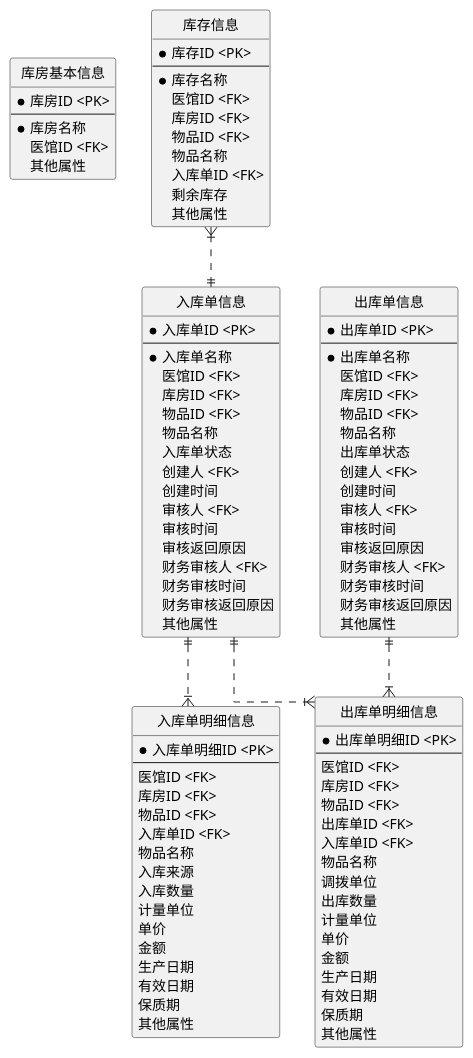
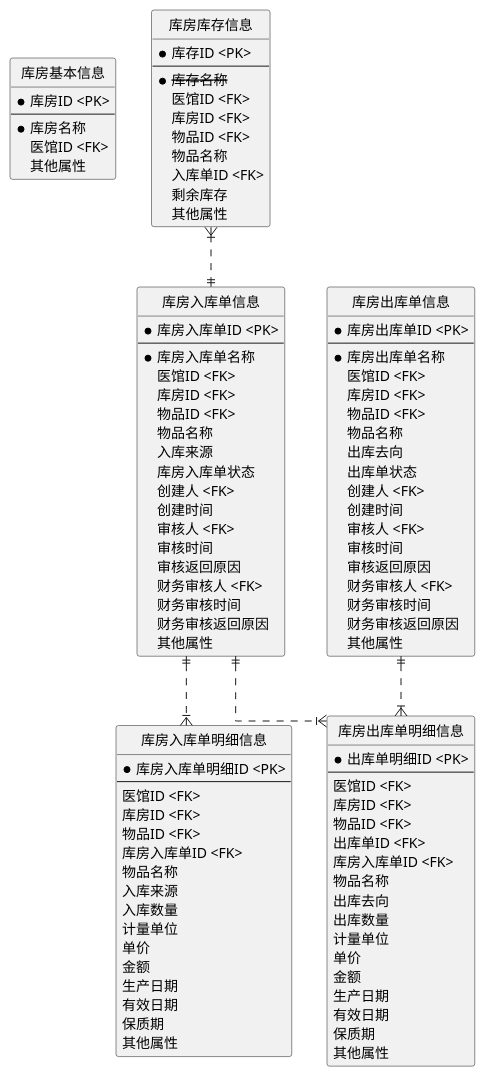
The second of 3 diagrams in src/main/asciidoc/index001.adoc (ab-shangzhou/medicine-museum), drawn with PlantUML before and after one commit. The commit also changed other lines of this file and 5 other files, not shown here.

Commit message:
添加医馆、药房、库房关系图

```diff
--- a/src/main/asciidoc/index001.adoc
+++ b/src/main/asciidoc/index001.adoc
@@ -84,10 +90,10 @@
      其他属性
 }
 
-entity "库存信息" as e02 {
+entity "库房库存信息" as e02 {
     *库存ID <PK>
     --
-    *库存名称
+    *<s>库存名称</s>
      医馆ID <FK>
      库房ID <FK>
      物品ID <FK>
@@ -97,15 +103,16 @@
      其他属性
 }
 
-entity "入库单信息" as e03 {
-    *入库单ID <PK>
+entity "库房入库单信息" as e03 {
+    *库房入库单ID <PK>
     --
-    *入库单名称
+    *库房入库单名称
      医馆ID <FK>
      库房ID <FK>
      物品ID <FK>
      物品名称
-     入库单状态
+     入库来源
+     库房入库单状态
      创建人 <FK>
      创建时间
      审核人 <FK>
@@ -117,13 +124,13 @@
      其他属性
 }
 
-entity "入库单明细信息" as e04 {
-    *入库单明细ID <PK>
+entity "库房入库单明细信息" as e04 {
+    *库房入库单明细ID <PK>
     --
      医馆ID <FK>
      库房ID <FK>
      物品ID <FK>
-     入库单ID <FK>
+     库房入库单ID <FK>
      物品名称
      入库来源
      入库数量
@@ -137,14 +144,15 @@
 }
 
 
-entity "出库单信息" as e05 {
-    *出库单ID <PK>
+entity "库房出库单信息" as e05 {
+    *库房出库单ID <PK>
     --
-    *出库单名称
+    *库房出库单名称
      医馆ID <FK>
      库房ID <FK>
      物品ID <FK>
      物品名称
+     出库去向
      出库单状态
      创建人 <FK>
      创建时间
@@ -157,16 +165,16 @@
      其他属性
 }
 
-entity "出库单明细信息" as e06 {
+entity "库房出库单明细信息" as e06 {
     *出库单明细ID <PK>
     --
      医馆ID <FK>
      库房ID <FK>
      物品ID <FK>
      出库单ID <FK>
-     入库单ID <FK>
+     库房入库单ID <FK>
      物品名称
-     调拨单位
+     出库去向
      出库数量
      计量单位
      单价
```
